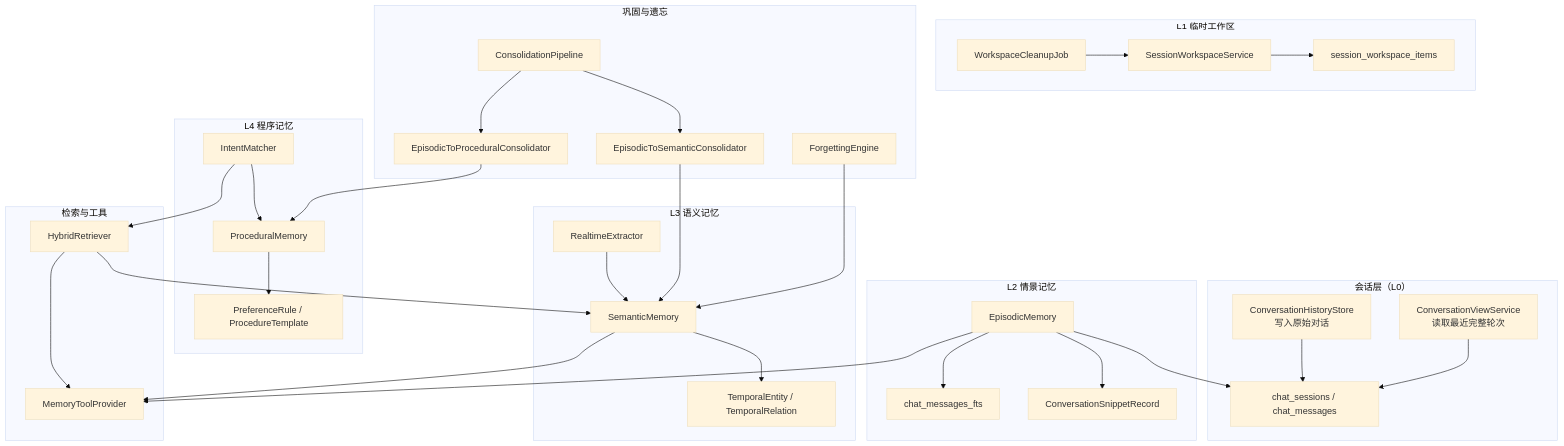
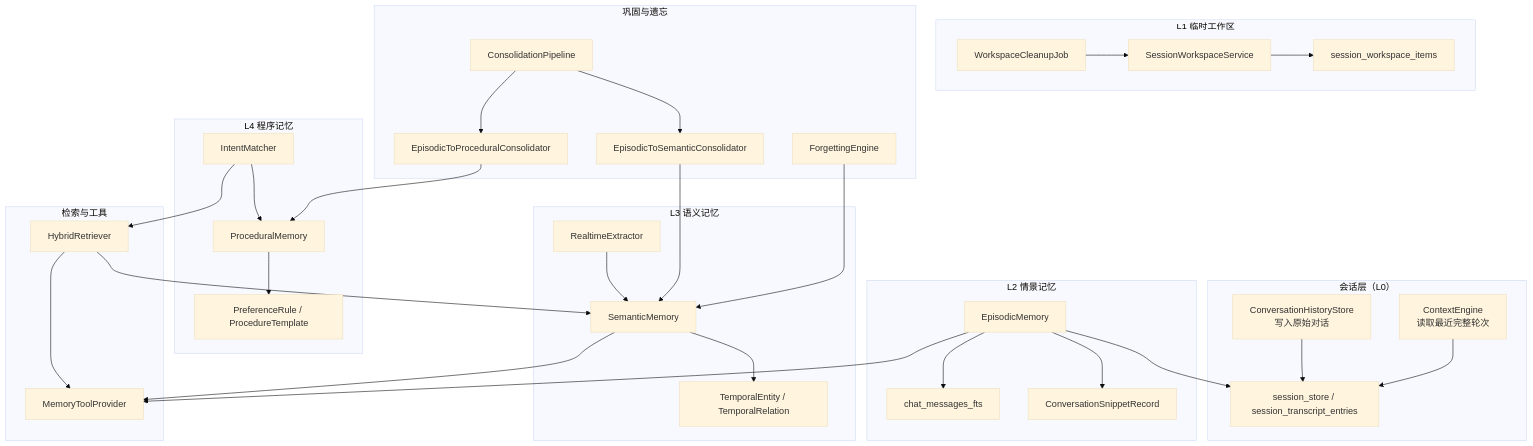
Before and after one commit to ntygod/LifePilot: the first of 4 diagrams in docs/architecture/memory-system.md, drawn with Mermaid (base theme). The commit also changed other lines of this file and 576 other files, not shown here.

````diff
--- a/docs/architecture/memory-system.md
+++ b/docs/architecture/memory-system.md
@@ -21,65 +21,65 @@
 ```mermaid
 graph TB
     subgraph "会话层（L0）"
         CHS["ConversationHistoryStore<br/>写入原始对话"]
-        CVS["ConversationViewService<br/>读取最近完整轮次"]
-        CMS["chat_sessions / chat_messages"]
+        CE["ContextEngine<br/>读取最近完整轮次"]
+        CMS["session_store / session_transcript_entries"]
         CHS --> CMS
-        CVS --> CMS
+        CE --> CMS
     end
 
     subgraph "L1 临时工作区"
         SWS["SessionWorkspaceService"]
         WCJ["WorkspaceCleanupJob"]
         SWI["session_workspace_items"]
         SWS --> SWI
         WCJ --> SWS
     end
 
     subgraph "L2 情景记忆"
         EM["EpisodicMemory"]
         FTS["chat_messages_fts"]
         CSR["ConversationSnippetRecord"]
         EM --> CMS
         EM --> FTS
         EM --> CSR
     end
 
     subgraph "L3 语义记忆"
         SM["SemanticMemory"]
         RE["RealtimeExtractor"]
         TE["TemporalEntity / TemporalRelation"]
         RE --> SM
         SM --> TE
     end
 
     subgraph "L4 程序记忆"
         PM["ProceduralMemory"]
         IM["IntentMatcher"]
         PR["PreferenceRule / ProcedureTemplate"]
         IM --> PM
         PM --> PR
     end
 
     subgraph "检索与工具"
         HR["HybridRetriever"]
         MTP["MemoryToolProvider"]
         HR --> SM
         IM --> HR
         EM --> MTP
         HR --> MTP
         SM --> MTP
     end
 
     subgraph "巩固与遗忘"
         CP["ConsolidationPipeline"]
         FE["ForgettingEngine"]
         ECS["EpisodicToSemanticConsolidator"]
         ECP["EpisodicToProceduralConsolidator"]
         CP --> ECS
         CP --> ECP
         ECS --> SM
         ECP --> PM
         FE --> SM
     end
 ```
````
